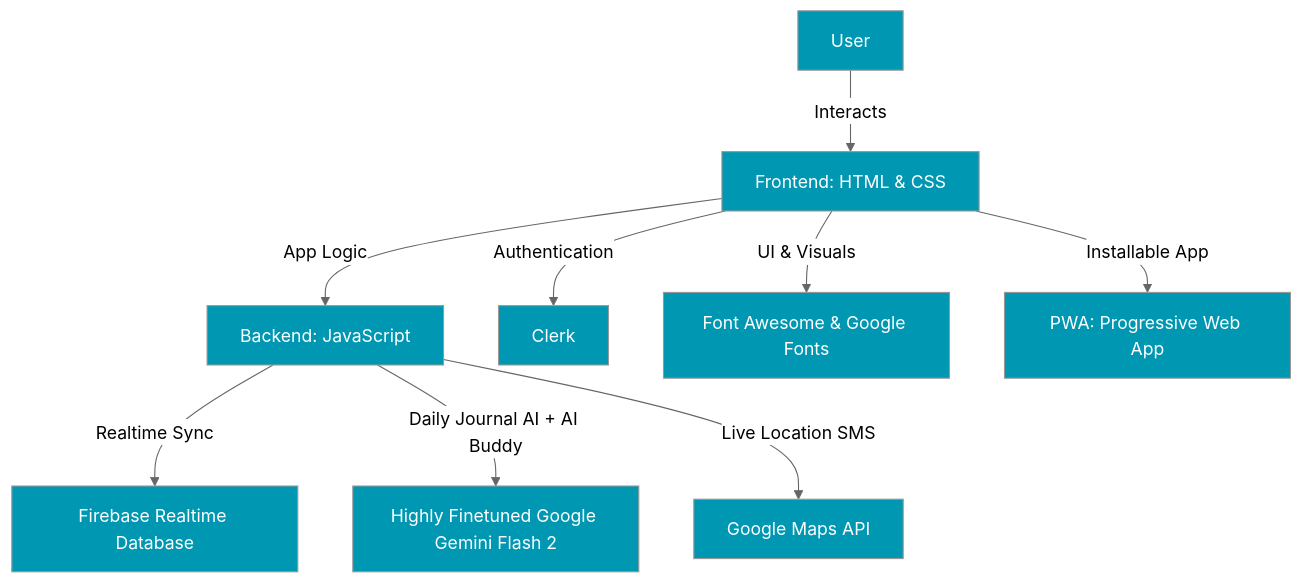
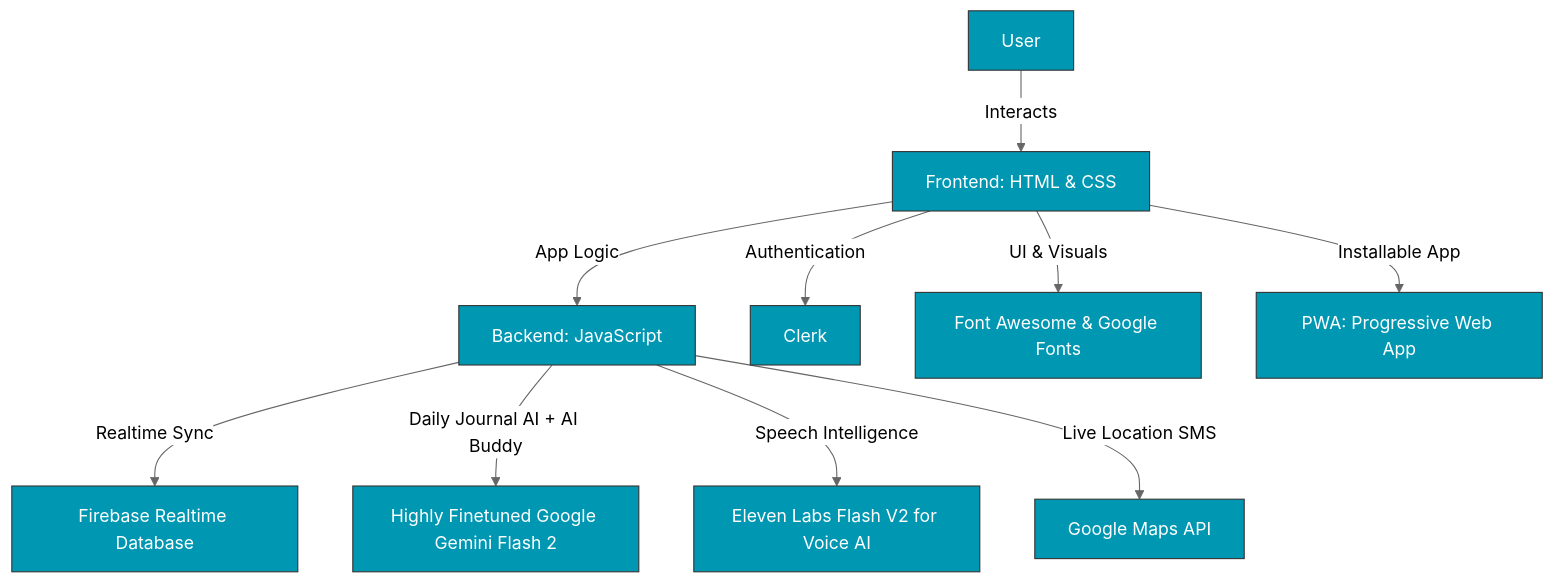
One commit to Leter-Tech/Relax.me changed the diagram in README.md. Above: the diagram before and after it, drawn with Mermaid (neutral theme). The commit also changed other lines of this file, not shown here.

````diff
--- a/README.md
+++ b/README.md
@@ -152,21 +164,23 @@
 ```mermaid
 graph TD
     A[User] -->|Interacts| B[Frontend: HTML & CSS]
     B -->|App Logic| C[Backend: JavaScript]
     C -->|Realtime Sync| D[Firebase Realtime Database]
     C -->|Daily Journal AI + AI Buddy| E[Highly Finetuned Google Gemini Flash 2]
+    C -->|Speech Intelligence| J[Eleven Labs Flash V2 for Voice AI]
     C -->|Live Location SMS| F[Google Maps API]
     B -->|Authentication| G[Clerk]
     B -->|UI & Visuals| H[Font Awesome & Google Fonts]
     B -->|Installable App| I[PWA: Progressive Web App]
 
-    style A fill:#0097b2,color:white
-    style B fill:#0097b2,color:white
-    style C fill:#0097b2,color:white
-    style D fill:#0097b2,color:white
-    style E fill:#0097b2,color:white
-    style F fill:#0097b2,color:white
-    style G fill:#0097b2,color:white
-    style H fill:#0097b2,color:white
-    style I fill:#0097b2,color:white
+    style A fill:#0097b2,color:white,stroke:#333
+    style B fill:#0097b2,color:white,stroke:#333
+    style C fill:#0097b2,color:white,stroke:#333
+    style D fill:#0097b2,color:white,stroke:#333
+    style E fill:#0097b2,color:white,stroke:#333
+    style F fill:#0097b2,color:white,stroke:#333
+    style G fill:#0097b2,color:white,stroke:#333
+    style H fill:#0097b2,color:white,stroke:#333
+    style I fill:#0097b2,color:white,stroke:#333
+    style J fill:#0097b2,color:white,stroke:#333
 ```
````
